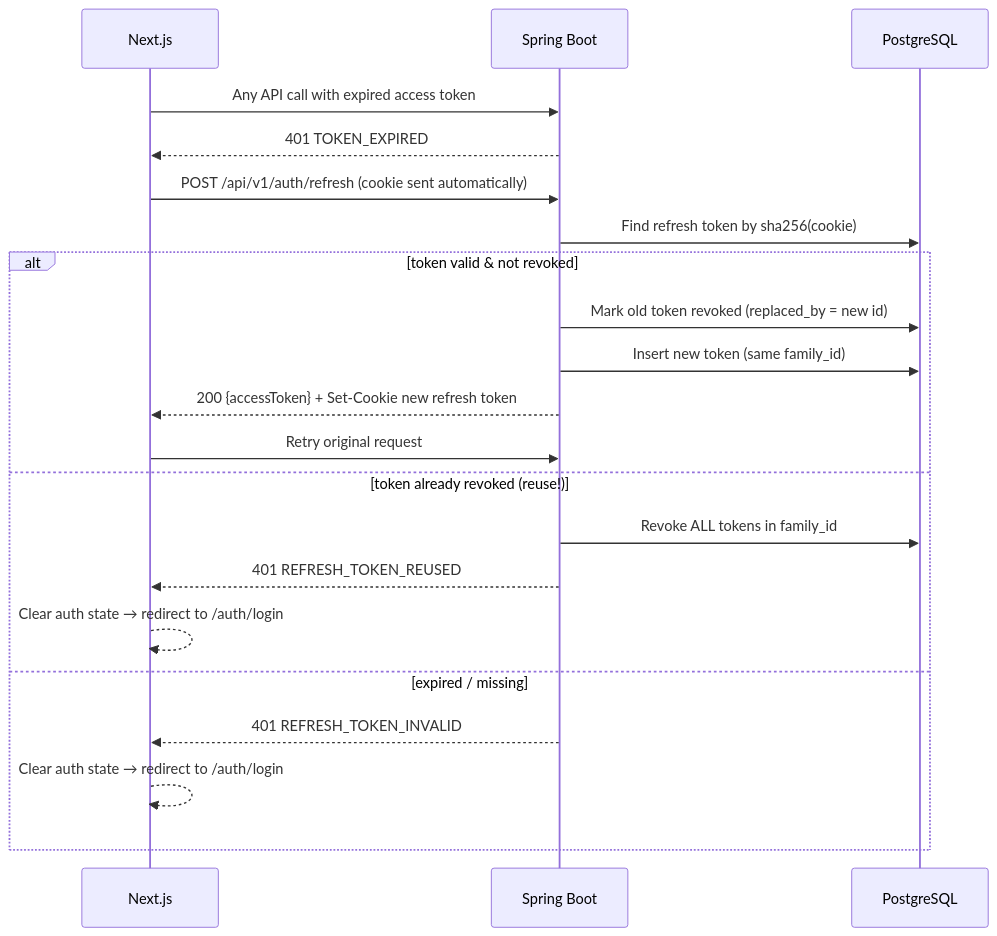
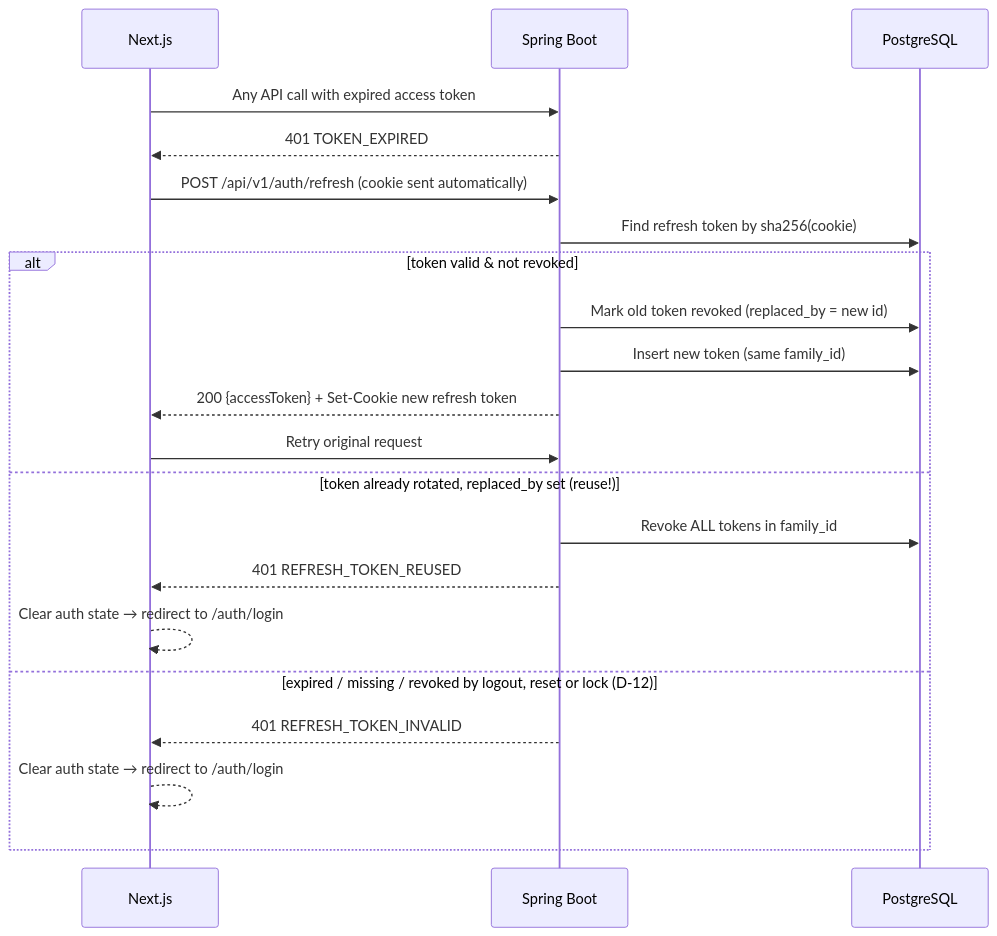
One commit to vhhoang2003/BeeGroup_Ecommerce changed the fourth of 8 diagrams in README.md. Above: the diagram before and after it, drawn with Mermaid. The commit also changed other lines of this file and 18 other files, not shown here.

````diff
--- a/README.md
+++ b/README.md
@@ -336,24 +337,24 @@
 ```mermaid
 sequenceDiagram
     participant FE as Next.js
     participant BE as Spring Boot
     participant DB as PostgreSQL
 
     FE->>BE: Any API call with expired access token
     BE-->>FE: 401 TOKEN_EXPIRED
     FE->>BE: POST /api/v1/auth/refresh (cookie sent automatically)
     BE->>DB: Find refresh token by sha256(cookie)
     alt token valid & not revoked
         BE->>DB: Mark old token revoked (replaced_by = new id)
         BE->>DB: Insert new token (same family_id)
         BE-->>FE: 200 {accessToken} + Set-Cookie new refresh token
         FE->>BE: Retry original request
-    else token already revoked (reuse!)
+    else token already rotated, replaced_by set (reuse!)
         BE->>DB: Revoke ALL tokens in family_id
         BE-->>FE: 401 REFRESH_TOKEN_REUSED
         FE-->>FE: Clear auth state → redirect to /auth/login
-    else expired / missing
+    else expired / missing / revoked by logout, reset or lock (D-12)
         BE-->>FE: 401 REFRESH_TOKEN_INVALID
         FE-->>FE: Clear auth state → redirect to /auth/login
     end
 ```
````
